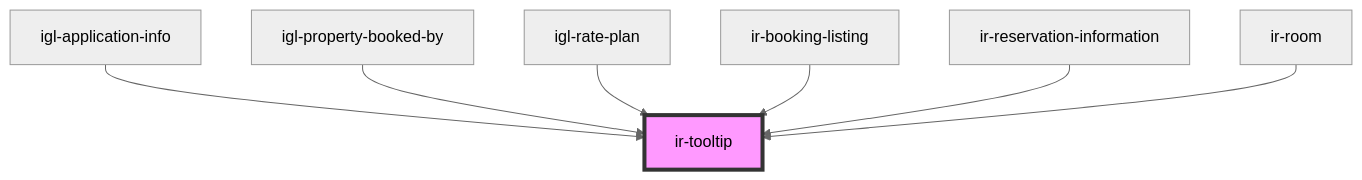
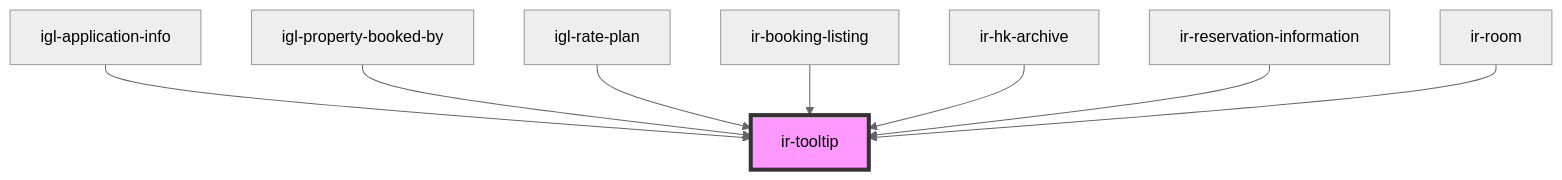
Before and after one commit to David1Chowaifaty/modified-ir-webcmp: the diagram in src/components/ui/ir-tooltip/readme.md, drawn with Mermaid (neutral theme). The commit also changed other lines of this file and 12 other files, not shown here.

````diff
--- a/src/components/ui/ir-tooltip/readme.md
+++ b/src/components/ui/ir-tooltip/readme.md
@@ -29,10 +30,11 @@
 ```mermaid
 graph TD;
   igl-application-info --> ir-tooltip
   igl-property-booked-by --> ir-tooltip
   igl-rate-plan --> ir-tooltip
   ir-booking-listing --> ir-tooltip
+  ir-hk-archive --> ir-tooltip
   ir-reservation-information --> ir-tooltip
   ir-room --> ir-tooltip
   style ir-tooltip fill:#f9f,stroke:#333,stroke-width:4px
 ```
````
